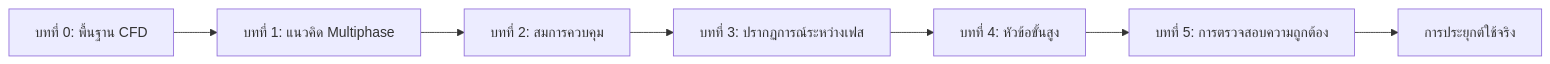
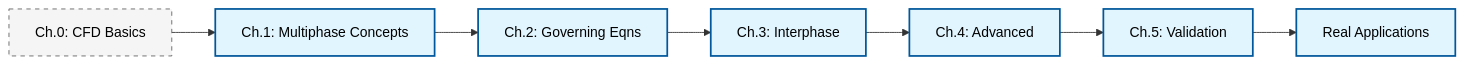
The second of 2 diagrams in MODULE_04_MULTIPHASE_FUNDAMENTALS/CONTENT/02_MULTIPHASE_BASICS/00_Overview.md (wramet/build-my-cfd), drawn with Mermaid before and after one commit. The commit also changed other lines of this file and 313 other files, not shown here.

Commit message:
Revise all diagram

````diff
--- a/MODULE_04_MULTIPHASE_FUNDAMENTALS/CONTENT/02_MULTIPHASE_BASICS/00_Overview.md
+++ b/MODULE_04_MULTIPHASE_FUNDAMENTALS/CONTENT/02_MULTIPHASE_BASICS/00_Overview.md
@@ -345,9 +348,11 @@
 ```mermaid
 flowchart LR
-    A[บทที่ 0: พื้นฐาน CFD] --> B[บทที่ 1: แนวคิด Multiphase]
-    B --> C[บทที่ 2: สมการควบคุม]
-    C --> D[บทที่ 3: ปรากฏการณ์ระหว่างเฟส]
-    D --> E[บทที่ 4: หัวข้อขั้นสูง]
-    E --> F[บทที่ 5: การตรวจสอบความถูกต้อง]
-    F --> G[การประยุกต์ใช้จริง]
+classDef implicit fill:#e1f5fe,stroke:#01579b,stroke-width:2px,color:#000
+classDef context fill:#f5f5f5,stroke:#616161,stroke-width:1px,color:#000,stroke-dasharray: 5 5
+A[Ch.0: CFD Basics]:::context --> B[Ch.1: Multiphase Concepts]:::implicit
+B --> C[Ch.2: Governing Eqns]:::implicit
+C --> D[Ch.3: Interphase]:::implicit
+D --> E[Ch.4: Advanced]:::implicit
+E --> F[Ch.5: Validation]:::implicit
+F --> G[Real Applications]:::implicit
 ```
````
